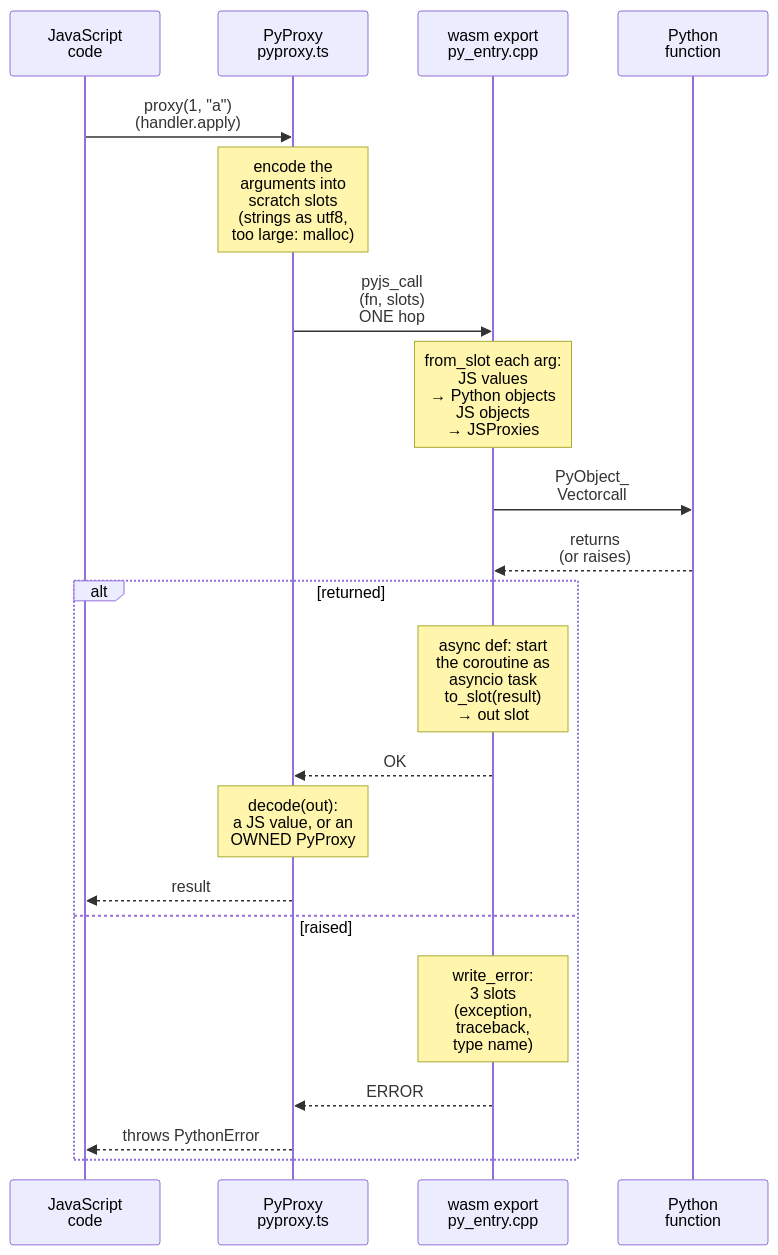
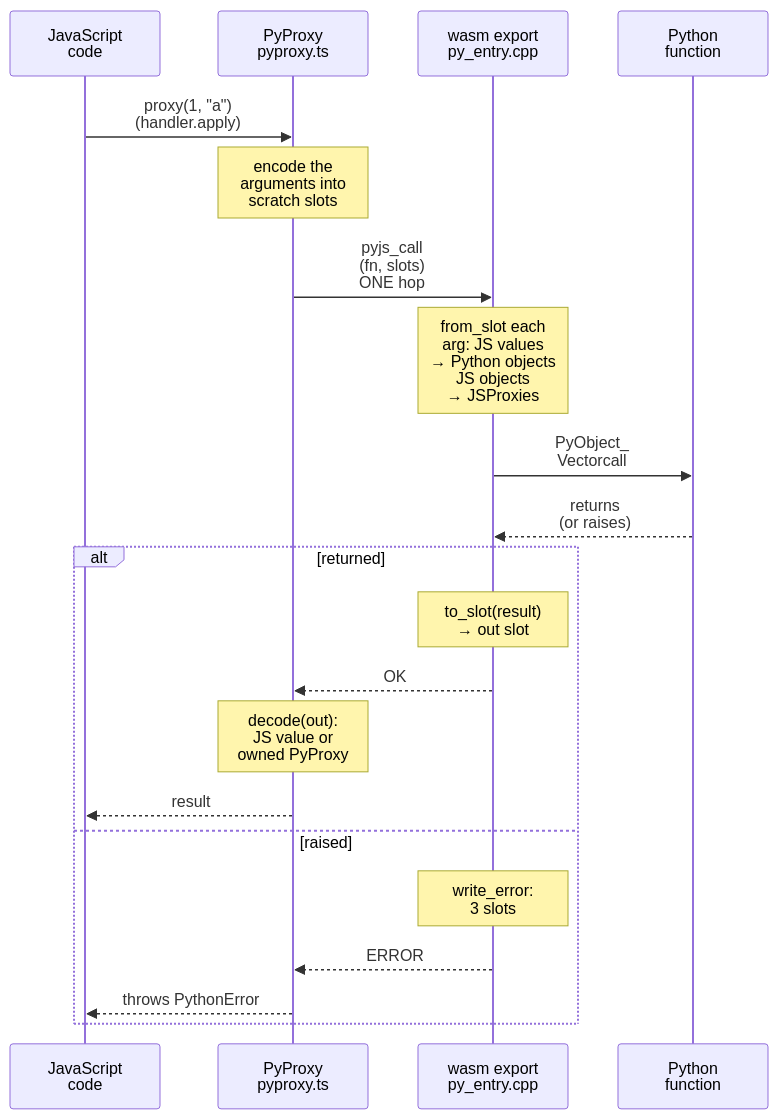
Before and after one commit to emscripten-forge/pyjs: the second of 6 diagrams in docs/design.md, drawn with Mermaid. The commit also changed other lines of this file and 1 other file, not shown here.

First line of the commit message:
docs: separate diagrams for calling a def / async def function, wider diagram columns

````diff
--- a/docs/design.md
+++ b/docs/design.md
@@ -62,24 +67,24 @@
 ```{mermaid}
 sequenceDiagram
     participant JS as JavaScript<br/>code
     participant P as PyProxy<br/>pyproxy.ts
     participant E as wasm export<br/>py_entry.cpp
     participant F as Python<br/>function
 
     JS->>P: proxy(1, "a")<br/>(handler.apply)
-    Note over P: encode the<br/>arguments into<br/>scratch slots<br/>(strings as utf8,<br/>too large: malloc)
+    Note over P: encode the<br/>arguments into<br/>scratch slots
     P->>E: pyjs_call<br/>(fn, slots)<br/>ONE hop
-    Note over E: from_slot each arg:<br/>JS values<br/>→ Python objects<br/>JS objects<br/>→ JSProxies
+    Note over E: from_slot each<br/>arg: JS values<br/>→ Python objects<br/>JS objects<br/>→ JSProxies
     E->>F: PyObject_<br/>Vectorcall
     F-->>E: returns<br/>(or raises)
     alt returned
-        Note over E: async def: start<br/>the coroutine as<br/>asyncio task<br/>to_slot(result)<br/>→ out slot
+        Note over E: to_slot(result)<br/>→ out slot
         E-->>P: OK
-        Note over P: decode(out):<br/>a JS value, or an<br/>OWNED PyProxy
+        Note over P: decode(out):<br/>JS value or<br/>owned PyProxy
         P-->>JS: result
     else raised
-        Note over E: write_error:<br/>3 slots<br/>(exception,<br/>traceback,<br/>type name)
+        Note over E: write_error:<br/>3 slots
         E-->>P: ERROR
         P-->>JS: throws PythonError
     end
 ```
````
